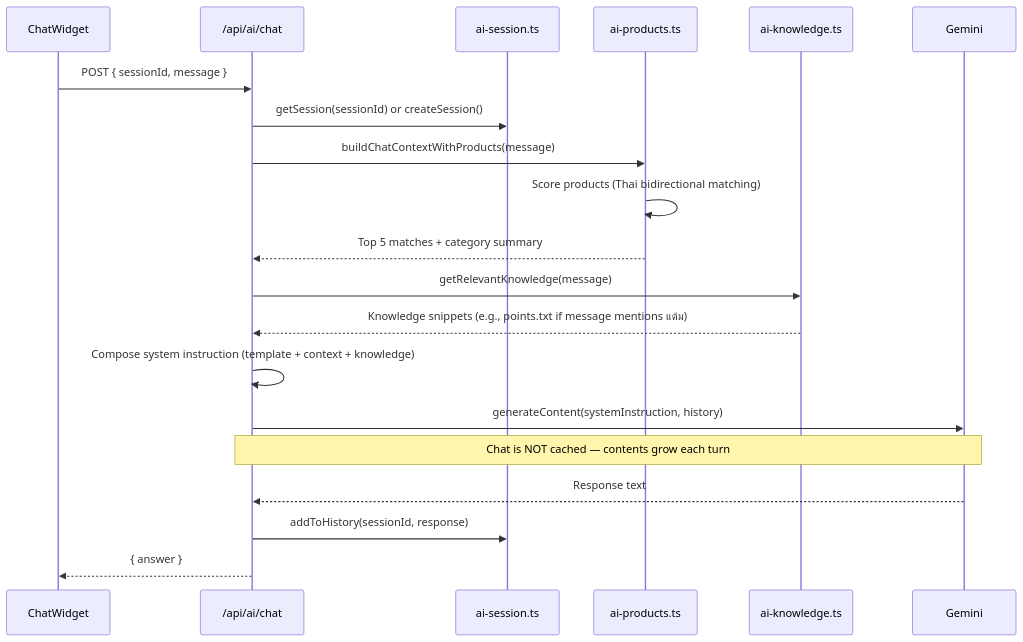
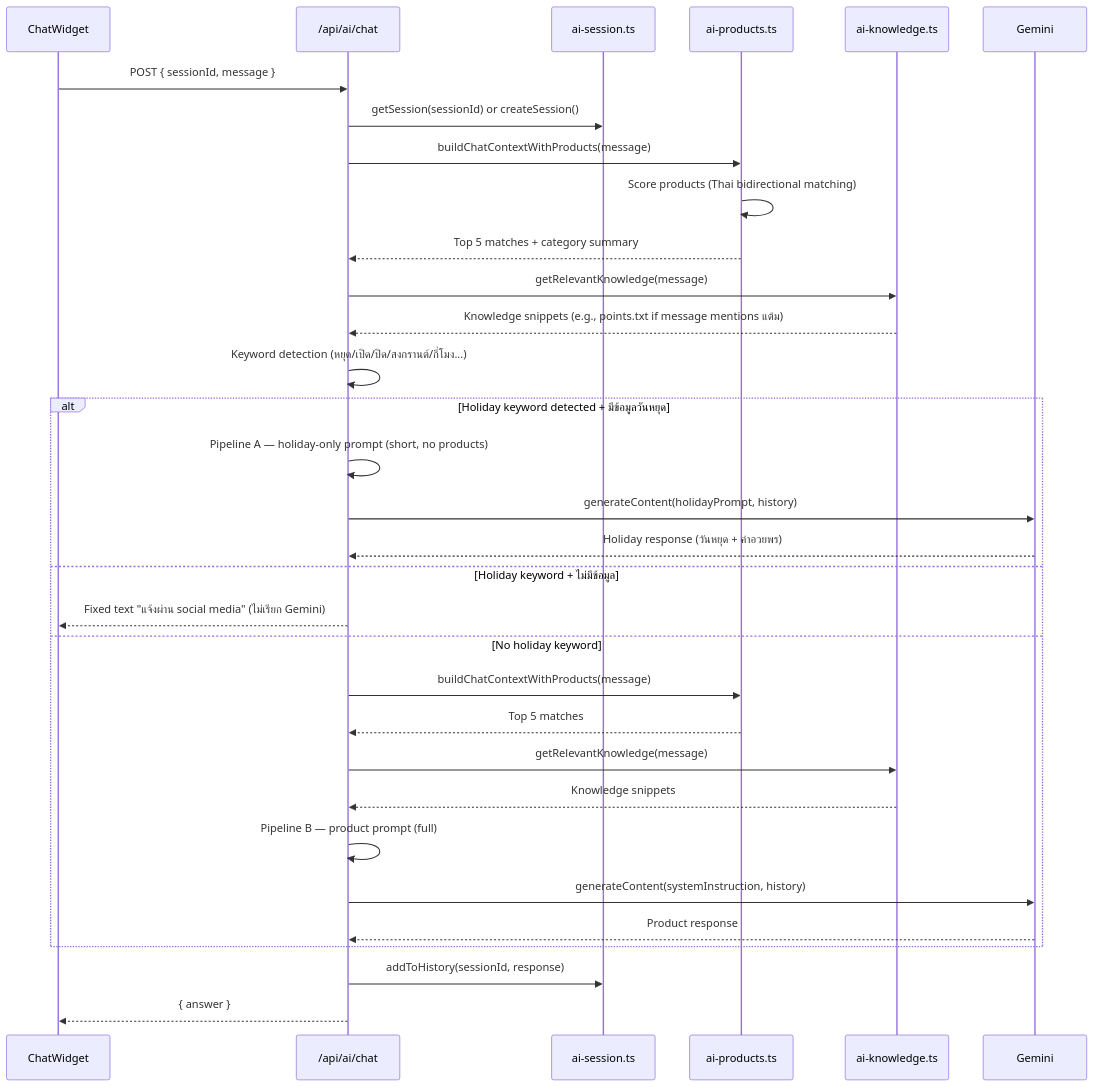
The third of 5 diagrams in docs/architecture.md (iarcanar/31panich-web), drawn with Mermaid before and after one commit. The commit also changed other lines of this file and 5 other files, not shown here.

First line of the commit message:
docs: อัปเดตคู่มือระบบวันหยุด + dual pipeline AI

````diff
--- a/docs/architecture.md
+++ b/docs/architecture.md
@@ -77,23 +77,35 @@
 ```mermaid
 sequenceDiagram
   participant C as ChatWidget
   participant API as /api/ai/chat
   participant S as ai-session.ts
   participant P as ai-products.ts
   participant K as ai-knowledge.ts
   participant G as Gemini
 
   C->>API: POST { sessionId, message }
   API->>S: getSession(sessionId) or createSession()
   API->>P: buildChatContextWithProducts(message)
   P->>P: Score products (Thai bidirectional matching)
   P-->>API: Top 5 matches + category summary
   API->>K: getRelevantKnowledge(message)
   K-->>API: Knowledge snippets (e.g., points.txt if message mentions แต้ม)
-  API->>API: Compose system instruction (template + context + knowledge)
-  API->>G: generateContent(systemInstruction, history)
-  Note over API,G: Chat is NOT cached — contents grow each turn
-  G-->>API: Response text
+  API->>API: Keyword detection (หยุด/เปิด/ปิด/สงกรานต์/กี่โมง...)
+  alt Holiday keyword detected + มีข้อมูลวันหยุด
+    API->>API: Pipeline A — holiday-only prompt (short, no products)
+    API->>G: generateContent(holidayPrompt, history)
+    G-->>API: Holiday response (วันหยุด + คำอวยพร)
+  else Holiday keyword + ไม่มีข้อมูล
+    API-->>C: Fixed text "แจ้งผ่าน social media" (ไม่เรียก Gemini)
+  else No holiday keyword
+    API->>P: buildChatContextWithProducts(message)
+    P-->>API: Top 5 matches
+    API->>K: getRelevantKnowledge(message)
+    K-->>API: Knowledge snippets
+    API->>API: Pipeline B — product prompt (full)
+    API->>G: generateContent(systemInstruction, history)
+    G-->>API: Product response
+  end
   API->>S: addToHistory(sessionId, response)
   API-->>C: { answer }
 ```
````
